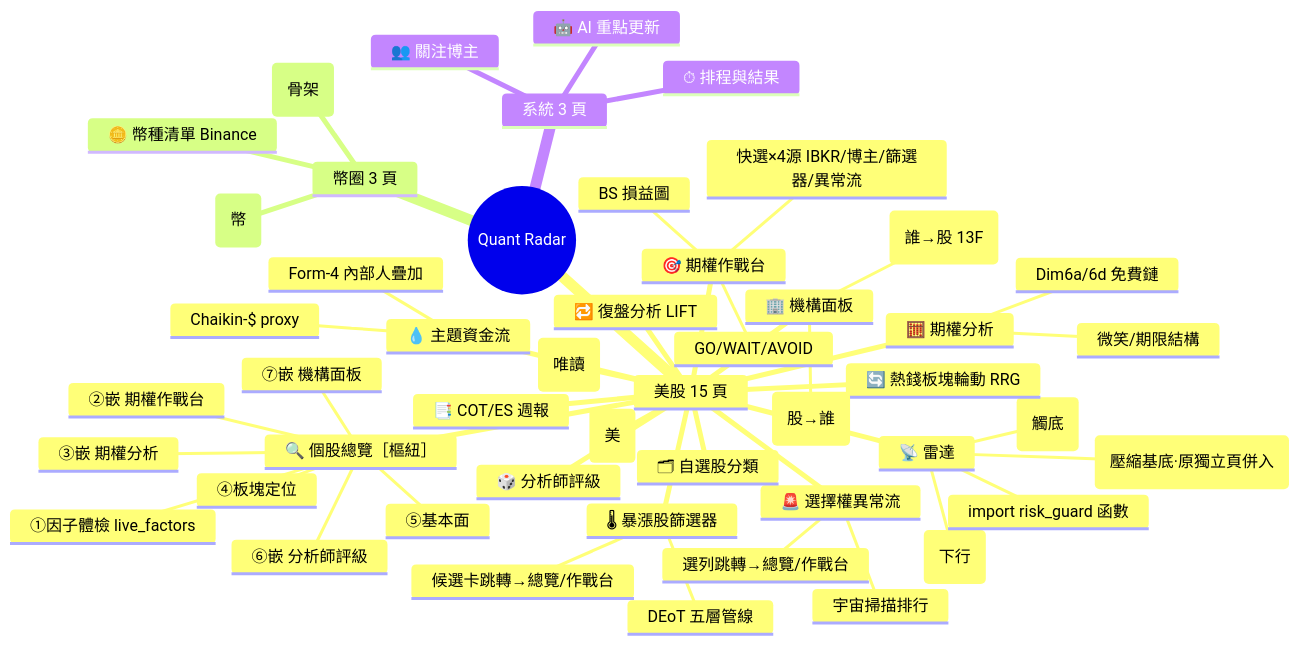
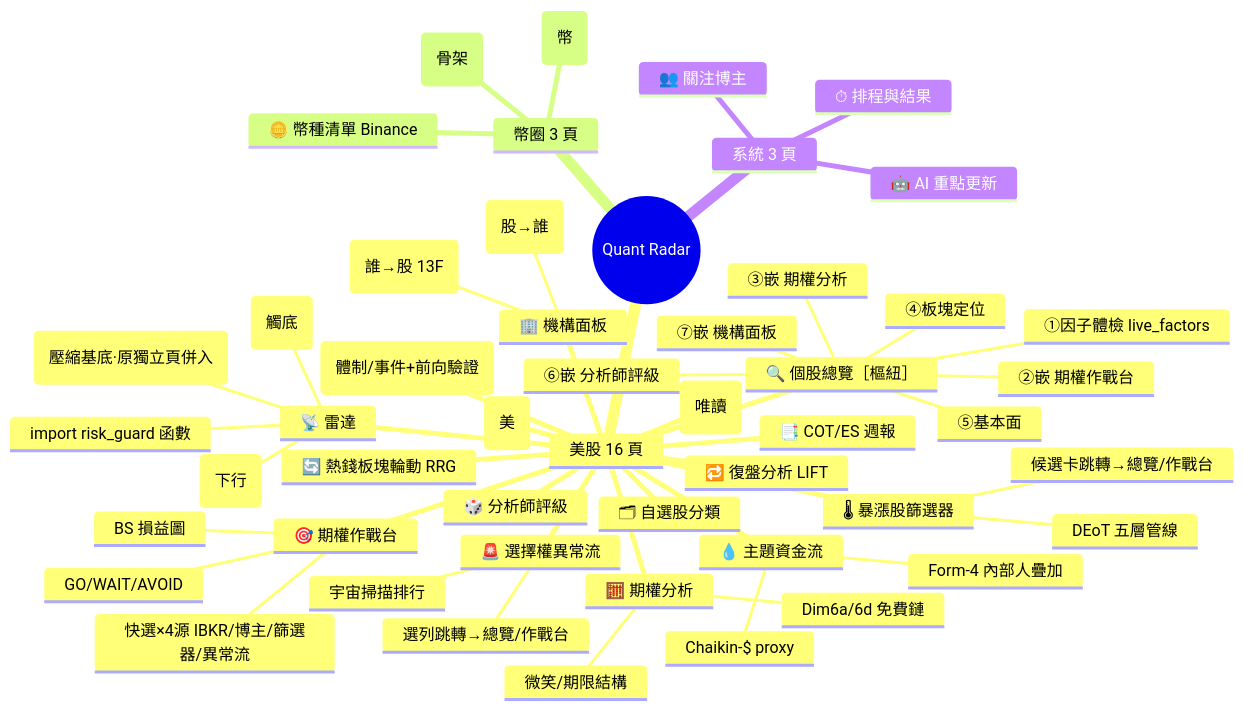
Before and after one commit to KennyHsiao/surge-screener: the first of 3 diagrams in docs/system_panorama.md, drawn with Mermaid. The commit also changed other lines of this file and 2 other files, not shown here.

````diff
--- a/docs/system_panorama.md
+++ b/docs/system_panorama.md
@@ -10,52 +10,53 @@
 ```mermaid
 mindmap
   root((Quant Radar))
-    美股 15 頁
+    美股 16 頁
       🌡 暴漲股篩選器
         DEoT 五層管線
         候選卡跳轉→總覽/作戰台
       🔍 個股總覽［樞紐］
         ①因子體檢 live_factors
         ②嵌 期權作戰台
         ③嵌 期權分析
         ④板塊定位
         ⑤基本面
         ⑥嵌 分析師評級
         ⑦嵌 機構面板
       🎯 期權作戰台
         GO/WAIT/AVOID
         BS 損益圖
         快選×4源 IBKR/博主/篩選器/異常流
       🧮 期權分析
         Dim6a/6d 免費鏈
         微笑/期限結構
       🚨 選擇權異常流
         宇宙掃描排行
         選列跳轉→總覽/作戰台
       📡 雷達
         風險(下行)
         反轉(觸底)
         ⚡蓄勢(壓縮基底·原獨立頁併入)
         import risk_guard 函數
       🔄 熱錢板塊輪動 RRG
       💧 主題資金流
         Chaikin-$ proxy
         Form-4 內部人疊加
       🔁 復盤分析 LIFT
       🎲 分析師評級
       🏢 機構面板
         持股(股→誰)
         持倉(誰→股 13F)
       🧾 IBKR 對帳(唯讀)
       🗂 自選股分類
       📑 COT/ES 週報
+      🧭 大盤行情研判(體制/事件+前向驗證)
       🐦 X 社群情緒(美)
     幣圈 3 頁
       🪙 幣種清單 Binance
       🔍 幣圈篩選(骨架)
       🐦 X 社群情緒(幣)
     系統 3 頁
       👥 關注博主
       ⏱ 排程與結果
       🤖 AI 重點更新
 ```
````
